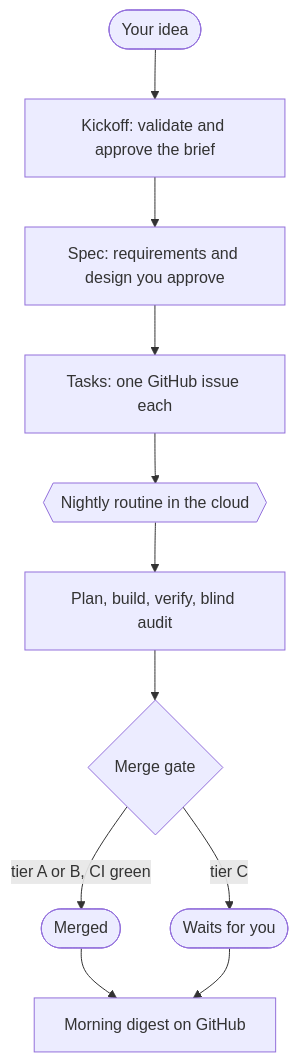
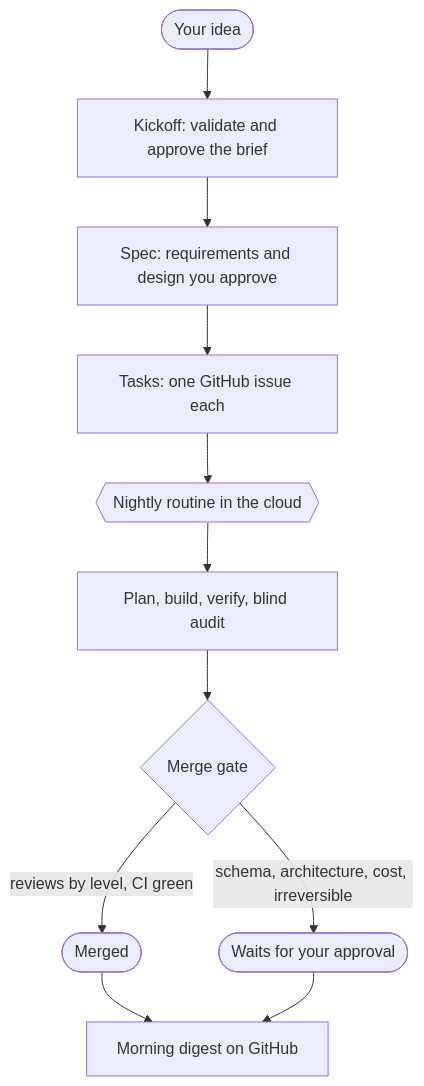
One commit to ragarciaga/rockbuilt changed the diagram in README.md. Above: the diagram before and after it, drawn with Mermaid. The commit also changed other lines of this file and 92 other files, not shown here.

````diff
--- a/README.md
+++ b/README.md
@@ -68,13 +68,13 @@
 ```mermaid
 flowchart TD
     I([Your idea]) --> K[Kickoff: validate and approve the brief]
     K --> S[Spec: requirements and design you approve]
     S --> T[Tasks: one GitHub issue each]
     T --> N{{Nightly routine in the cloud}}
     N --> W[Plan, build, verify, blind audit]
     W --> G{Merge gate}
-    G -->|tier A or B, CI green| M([Merged])
-    G -->|tier C| H([Waits for you])
+    G -->|reviews by level, CI green| M([Merged])
+    G -->|schema, architecture, cost, irreversible| H([Waits for your approval])
     M --> D[Morning digest on GitHub]
     H --> D
 ```
````
